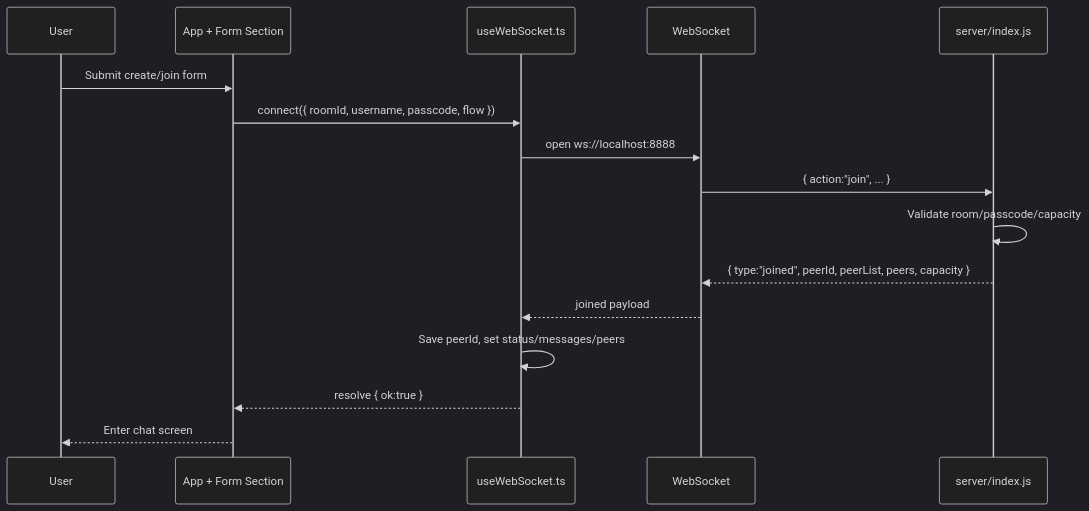
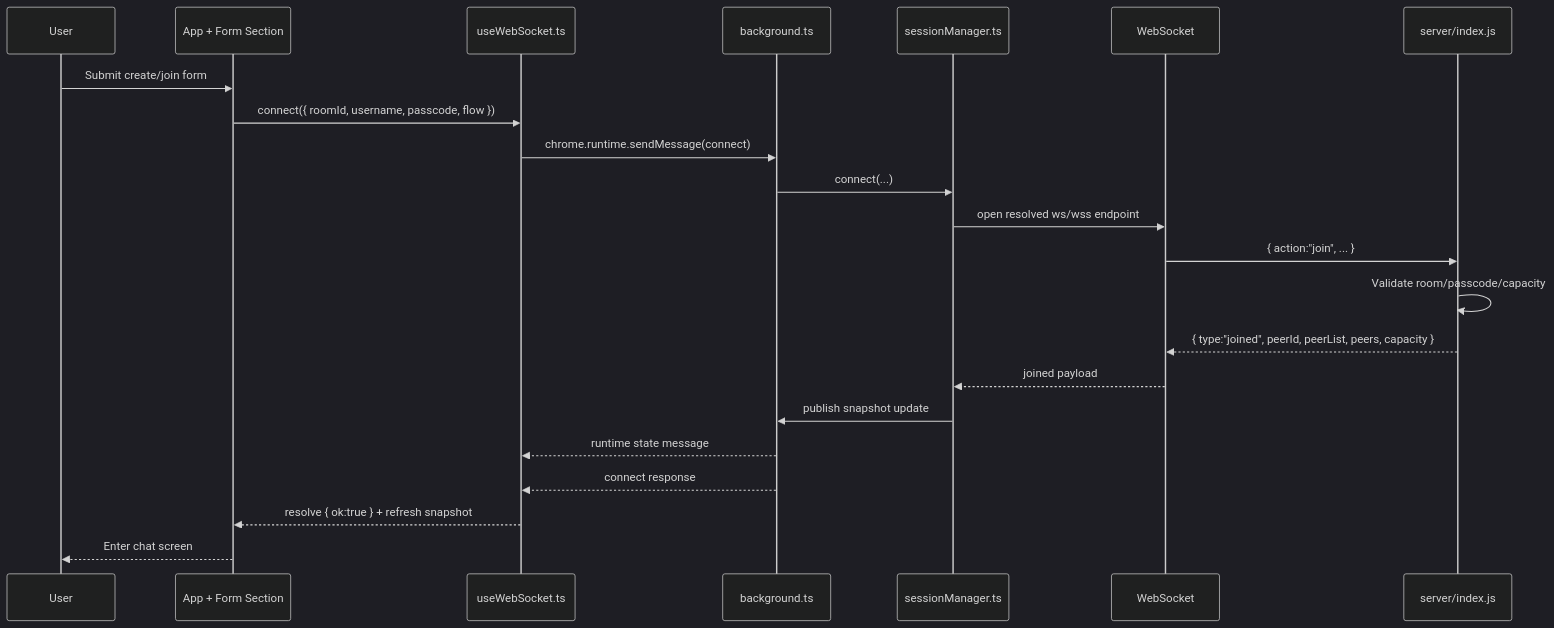
Before and after one commit to crccc/webrtc-chat: the fourth of 8 diagrams in docs/architecture.md, drawn with Mermaid (dark theme). The commit also changed other lines of this file and 28 other files, not shown here.

Commit message:
Implement background-owned extension session lifecycle

````diff
--- a/docs/architecture.md
+++ b/docs/architecture.md
@@ -150,19 +170,25 @@
 ```mermaid
 sequenceDiagram
   participant U as User
   participant UI as App + Form Section
   participant Hook as useWebSocket.ts
+  participant BG as background.ts
+  participant Session as sessionManager.ts
   participant WS as WebSocket
   participant S as server/index.js
 
   U->>UI: Submit create/join form
   UI->>Hook: connect({ roomId, username, passcode, flow })
-  Hook->>WS: open ws://localhost:8888
+  Hook->>BG: chrome.runtime.sendMessage(connect)
+  BG->>Session: connect(...)
+  Session->>WS: open resolved ws/wss endpoint
   WS->>S: { action:"join", ... }
   S->>S: Validate room/passcode/capacity
   S-->>WS: { type:"joined", peerId, peerList, peers, capacity }
-  WS-->>Hook: joined payload
-  Hook->>Hook: Save peerId, set status/messages/peers
-  Hook-->>UI: resolve { ok:true }
+  WS-->>Session: joined payload
+  Session->>BG: publish snapshot update
+  BG-->>Hook: runtime state message
+  BG-->>Hook: connect response
+  Hook-->>UI: resolve { ok:true } + refresh snapshot
   UI-->>U: Enter chat screen
 ```
````
